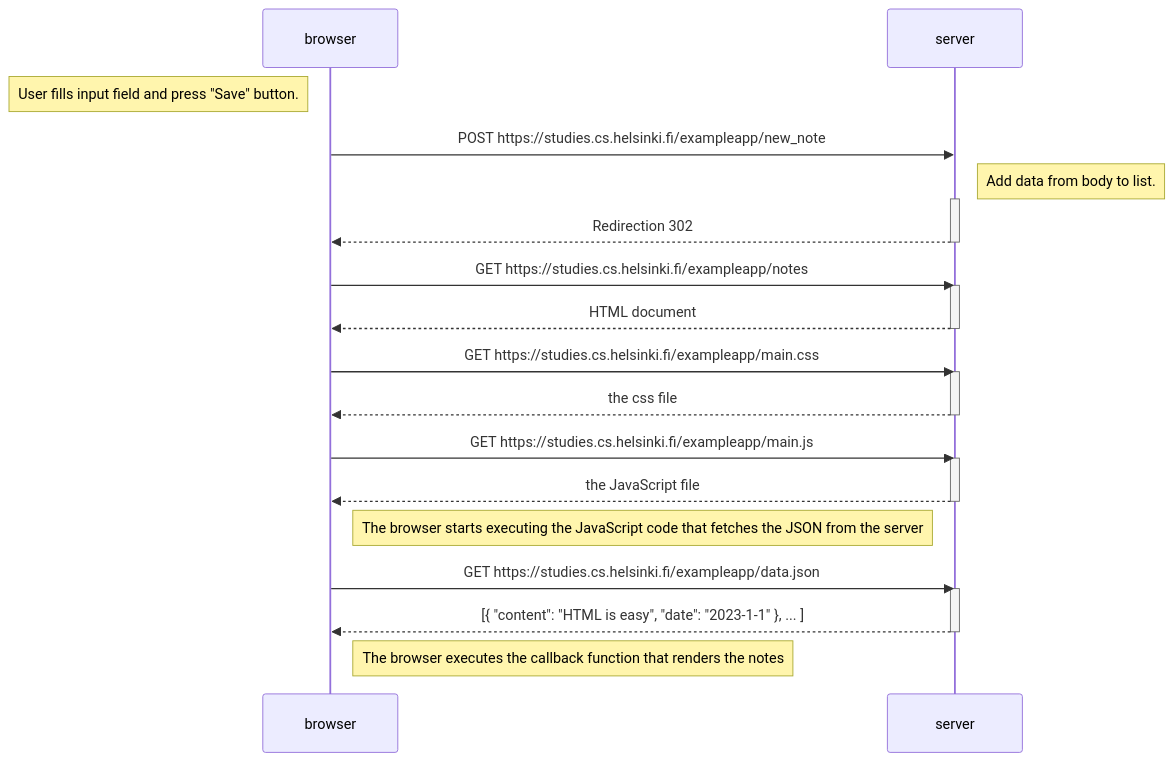
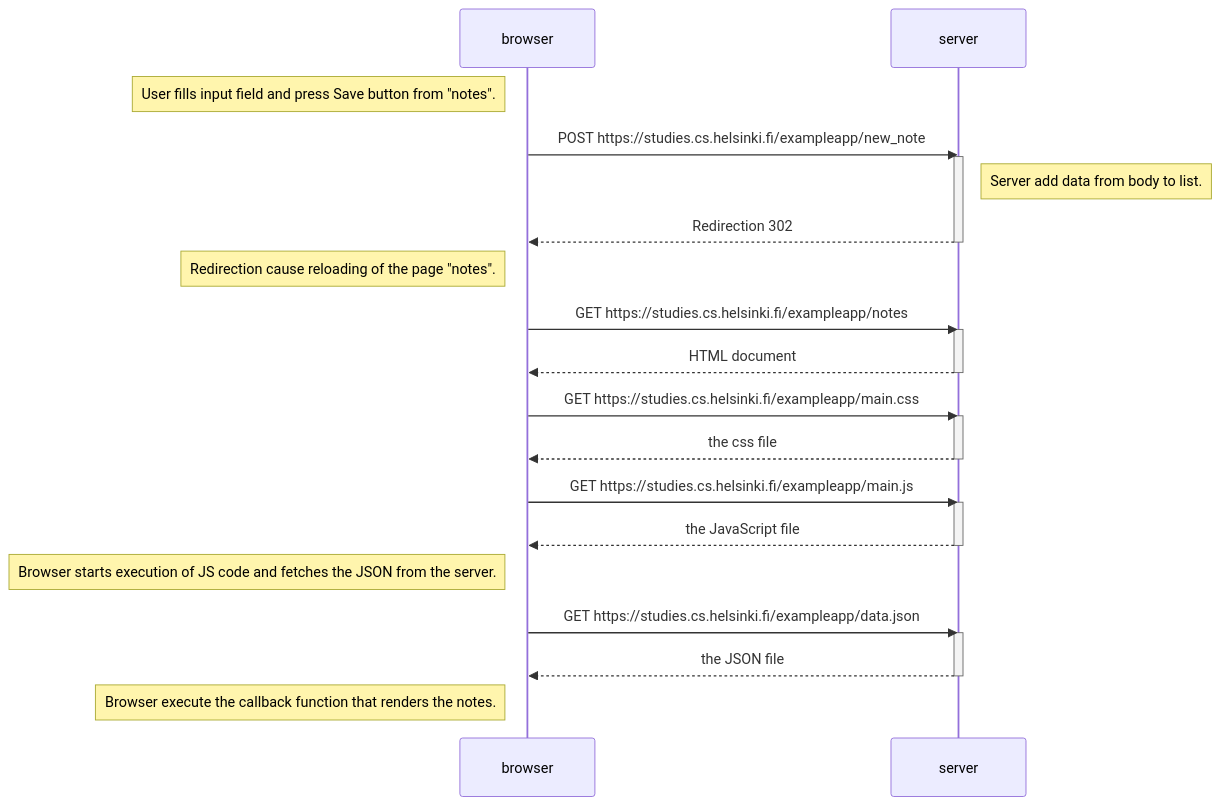
Before and after one commit to Sylvebois/fullstack-open: the diagram in part0/0.4-new_note_diagram.md, drawn with Mermaid.

Commit message:
Finalized sequence diagram

````diff
--- a/part0/0.4-new_note_diagram.md
+++ b/part0/0.4-new_note_diagram.md
@@ -1,36 +1,38 @@
 ```mermaid
 sequenceDiagram
     participant browser
     participant server
     
-    Note left of browser: User fills input field and press "Save" button.
+    Note left of browser: User fills input field and press Save button from "notes".
     browser->>server: POST https://studies.cs.helsinki.fi/exampleapp/new_note
-    Note right of server: Add data from body to list.
+    
     activate server
+    Note right of server: Server add data from body to list.
     server-->>browser: Redirection 302
     deactivate server
     
+    Note left of browser: Redirection cause reloading of the page "notes".
     browser->>server: GET https://studies.cs.helsinki.fi/exampleapp/notes
     activate server
     server-->>browser: HTML document
     deactivate server
 
     browser->>server: GET https://studies.cs.helsinki.fi/exampleapp/main.css
     activate server
     server-->>browser: the css file
     deactivate server
     
     browser->>server: GET https://studies.cs.helsinki.fi/exampleapp/main.js
     activate server
     server-->>browser: the JavaScript file
     deactivate server
     
-    Note right of browser: The browser starts executing the JavaScript code that fetches the JSON from the server
-    
+    Note left of browser: Browser starts execution of JS code and fetches the JSON from the server.
+
     browser->>server: GET https://studies.cs.helsinki.fi/exampleapp/data.json
     activate server
-    server-->>browser: [{ "content": "HTML is easy", "date": "2023-1-1" }, ... ]
+    server-->>browser: the JSON file
     deactivate server    
 
-    Note right of browser: The browser executes the callback function that renders the notes 
+    Note left of browser: Browser execute the callback function that renders the notes.
 ```
````
